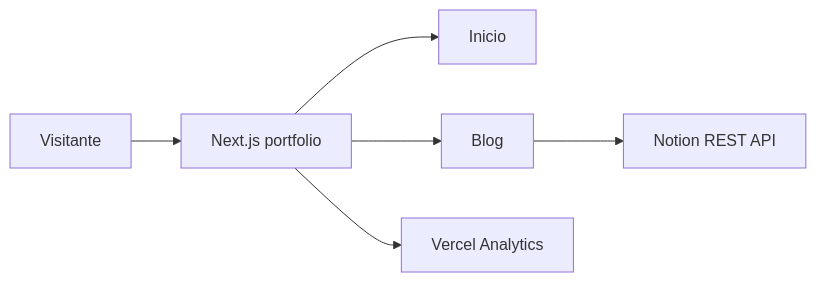
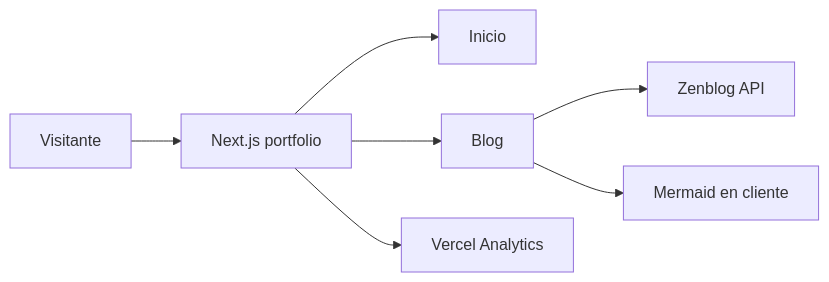
The diagram in docs/architecture/overview.md (JaviCeRodriguez/javier-portfolio), drawn with Mermaid before and after one commit. The commit also changed other lines of this file and 28 other files, not shown here.

Commit message:
feat(002-zenblog-mermaid-poc): migrate blog to Zenblog

````diff
--- a/docs/architecture/overview.md
+++ b/docs/architecture/overview.md
@@ -28,8 +23,9 @@
 ```mermaid
 flowchart LR
   Visitor[Visitante] --> Site[Next.js portfolio]
   Site --> Home[Inicio]
   Site --> Blog[Blog]
-  Blog --> Notion[Notion REST API]
+  Blog --> Zenblog[Zenblog API]
+  Blog --> Mermaid[Mermaid en cliente]
   Site --> Analytics[Vercel Analytics]
 ```
````
